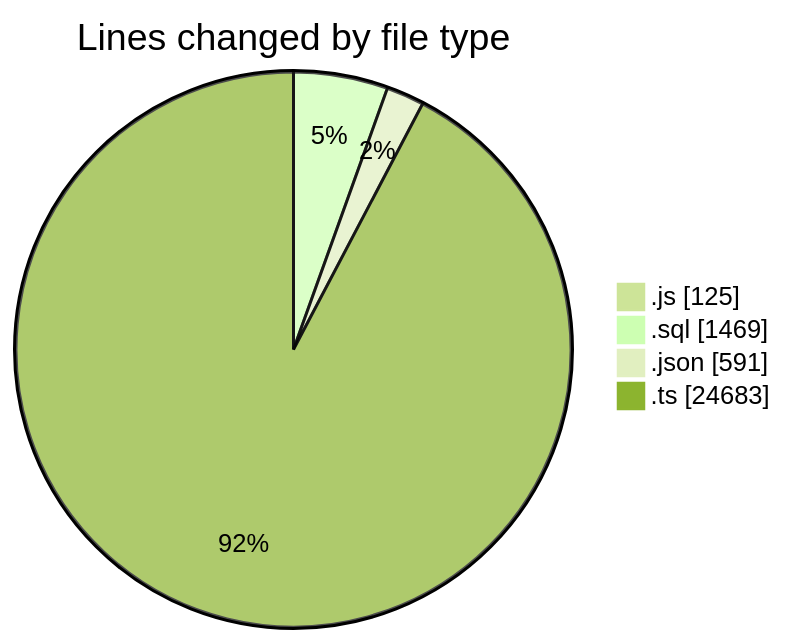
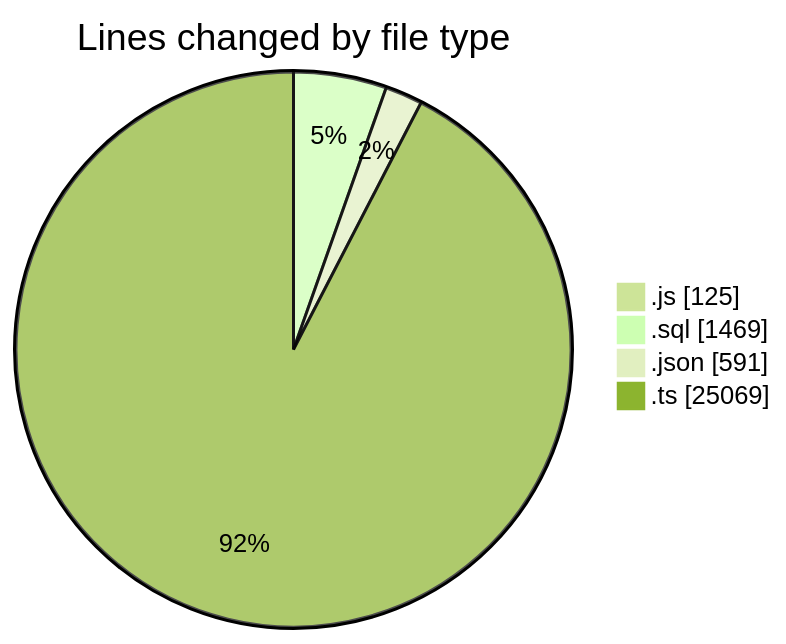
Before and after one commit to momahboobian/code-tracking: the first of 2 diagrams in 2026-05-20/cda/README.md, drawn with Mermaid (forest theme). The commit also changed other lines of this file and 1 other file, not shown here.

````diff
--- a/2026-05-20/cda/README.md
+++ b/2026-05-20/cda/README.md
@@ -37,8 +39,8 @@
 ```mermaid
 pie showData
 title Lines changed by file type
 ".js" : 125
 ".sql" : 1469
 ".json" : 591
-".ts" : 24683
+".ts" : 25069
 ```
````
